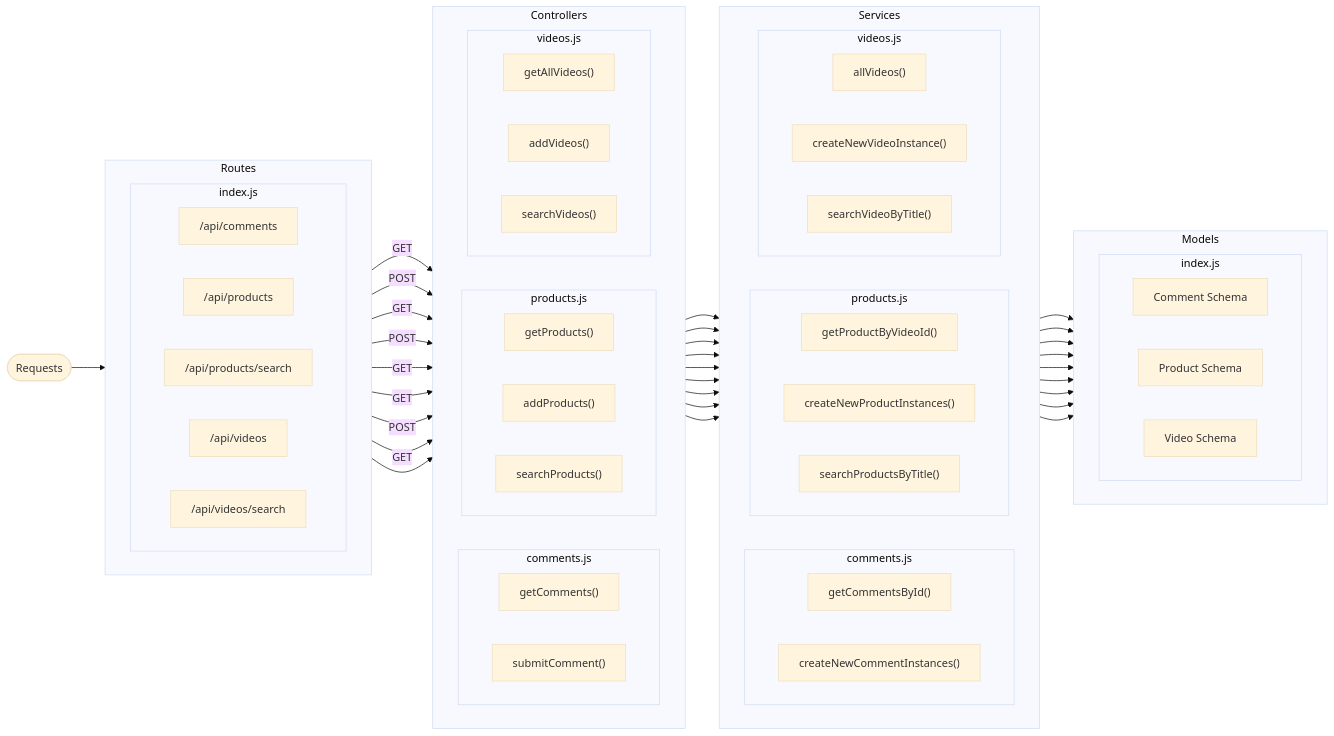
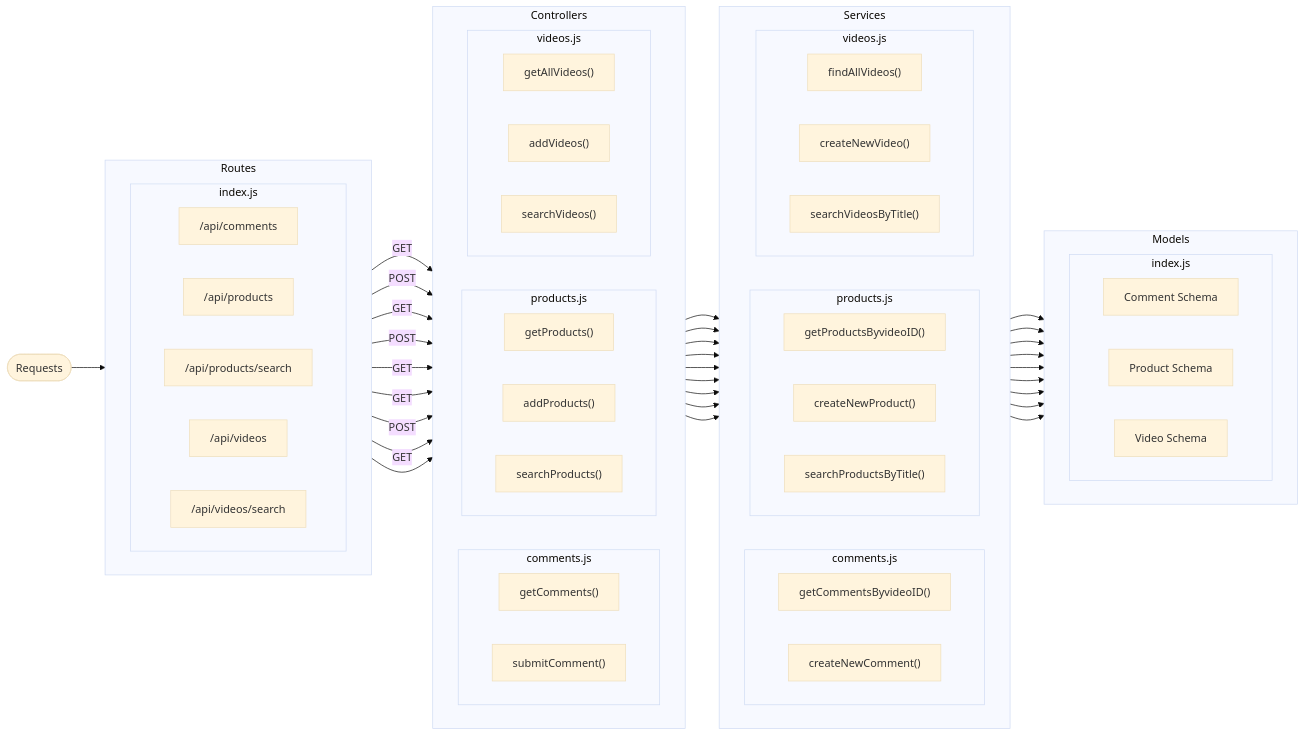
The diagram in README.md (ikbakk/GG-3.0-Midterm), drawn with Mermaid (base theme) before and after one commit. The commit also changed other lines of this file, not shown here.

```diff
--- a/README.md
+++ b/README.md
@@ -115,20 +115,20 @@
         direction LR
         subgraph Sc[comments.js]
             direction LR
-            Sc1["`getCommentsById()`"]
-            Sc2["`createNewCommentInstances()`"]
+            Sc1["`getCommentsByvideoID()`"]
+            Sc2["`createNewComment()`"]
         end
         subgraph Sp[products.js]
             direction LR
-            Sp1["`getProductByVideoId()`"]
-            Sp2["`createNewProductInstances()`"]
+            Sp1["`getProductsByvideoID()`"]
+            Sp2["`createNewProduct()`"]
             Sp3["`searchProductsByTitle()`"]
         end
         subgraph Sv[videos.js]
             direction LR
-            Sv1["`allVideos()`"]
-            Sv2["`createNewVideoInstance()`"]
-            Sv3["`searchVideoByTitle()`"]
+            Sv1["`findAllVideos()`"]
+            Sv2["`createNewVideo()`"]
+            Sv3["`searchVideosByTitle()`"]
         end
     end
     subgraph Models
```
